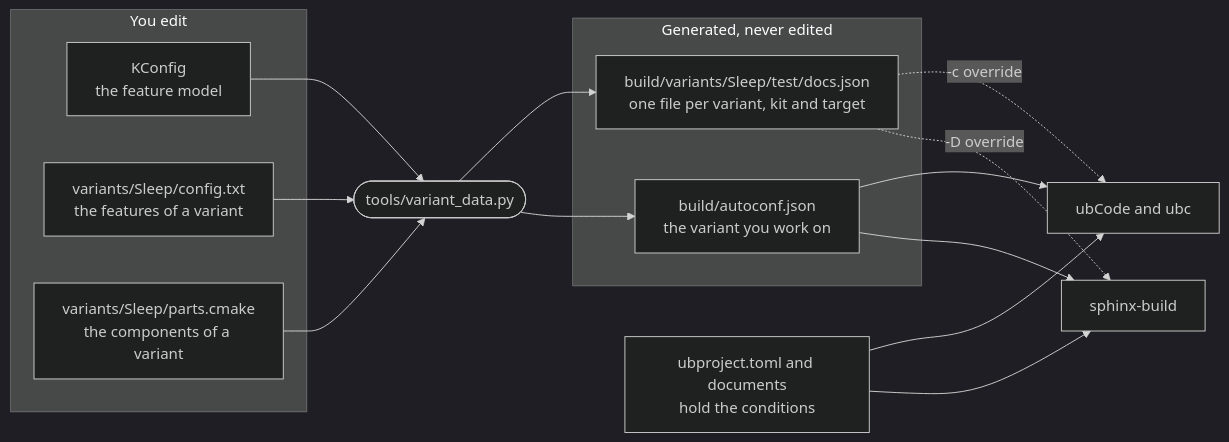
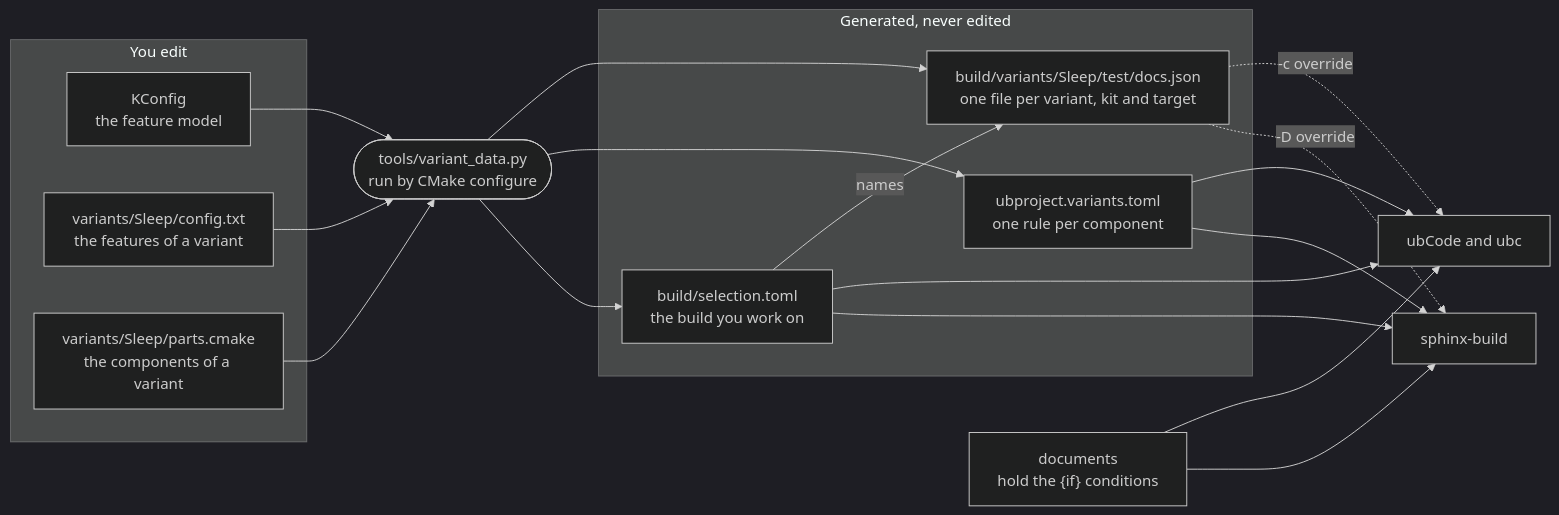
The diagram in VARIANTS.md (useblocks/SPLed), drawn with Mermaid (dark theme) before and after one commit. The commit also changed other lines of this file and 2 other files, not shown here.

First line of the commit message:
docs: describe the generated selection

````diff
--- a/VARIANTS.md
+++ b/VARIANTS.md
@@ -37,27 +40,32 @@
 ```mermaid
 flowchart LR
     subgraph edit["You edit"]
         K["KConfig<br/>the feature model"]
         C["variants/Sleep/config.txt<br/>the features of a variant"]
         P["variants/Sleep/parts.cmake<br/>the components of a variant"]
     end
-    G(["tools/variant_data.py"])
+    G(["tools/variant_data.py<br/>run by CMake configure"])
     subgraph gen["Generated, never edited"]
         V["build/variants/Sleep/test/docs.json<br/>one file per variant, kit and target"]
-        A["build/autoconf.json<br/>the variant you work on"]
+        RU["ubproject.variants.toml<br/>one rule per component"]
+        A["build/selection.toml<br/>the build you work on"]
     end
-    R["ubproject.toml and documents<br/>hold the conditions"]
+    R["documents<br/>hold the {if} conditions"]
     U["ubCode and ubc"]
     S["sphinx-build"]
     K --> G
     C --> G
     P --> G
     G --> V
+    G --> RU
     G --> A
+    A -->|names| V
+    RU --> U
+    RU --> S
     A --> U
     A --> S
     R --> U
     R --> S
     V -.->|"-c override"| U
     V -.->|"-D override"| S
 ```
````
